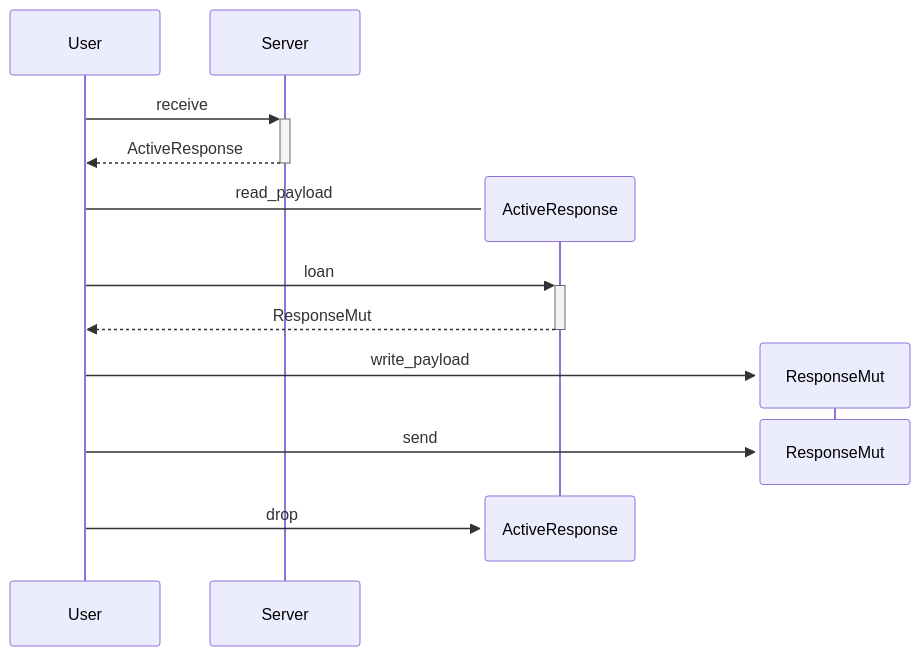
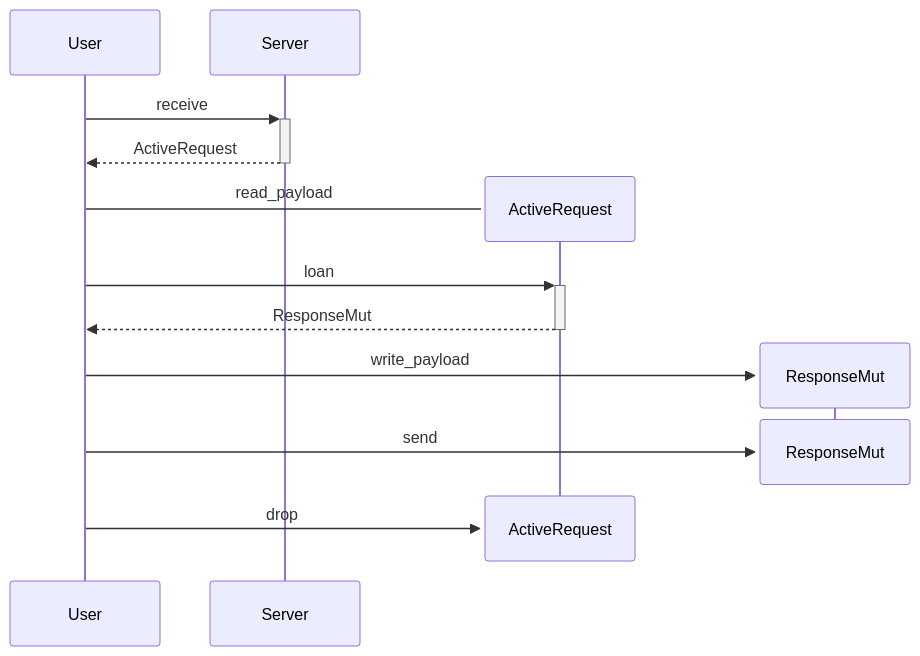
The third of 3 diagrams in doc/user-documentation/request-response.md (eclipse-iceoryx/iceoryx2), drawn with Mermaid before and after one commit. The commit also changed other lines of this file and 6 other files, not shown here.

````diff
--- a/doc/user-documentation/request-response.md
+++ b/doc/user-documentation/request-response.md
@@ -39,15 +39,15 @@
 ```mermaid
 sequenceDiagram
     User->>+Server: receive
-    Server-->>-User: ActiveResponse
-    create participant ActiveResponse
-    User->ActiveResponse: read_payload
-    User->>+ActiveResponse: loan
-    ActiveResponse-->>-User: ResponseMut
+    Server-->>-User: ActiveRequest
+    create participant ActiveRequest
+    User->ActiveRequest: read_payload
+    User->>+ActiveRequest: loan
+    ActiveRequest-->>-User: ResponseMut
     create participant ResponseMut
     User->>ResponseMut: write_payload
     destroy ResponseMut
     User->>ResponseMut: send
-    destroy ActiveResponse
-    User->>ActiveResponse: drop
+    destroy ActiveRequest
+    User->>ActiveRequest: drop
 ```
````
